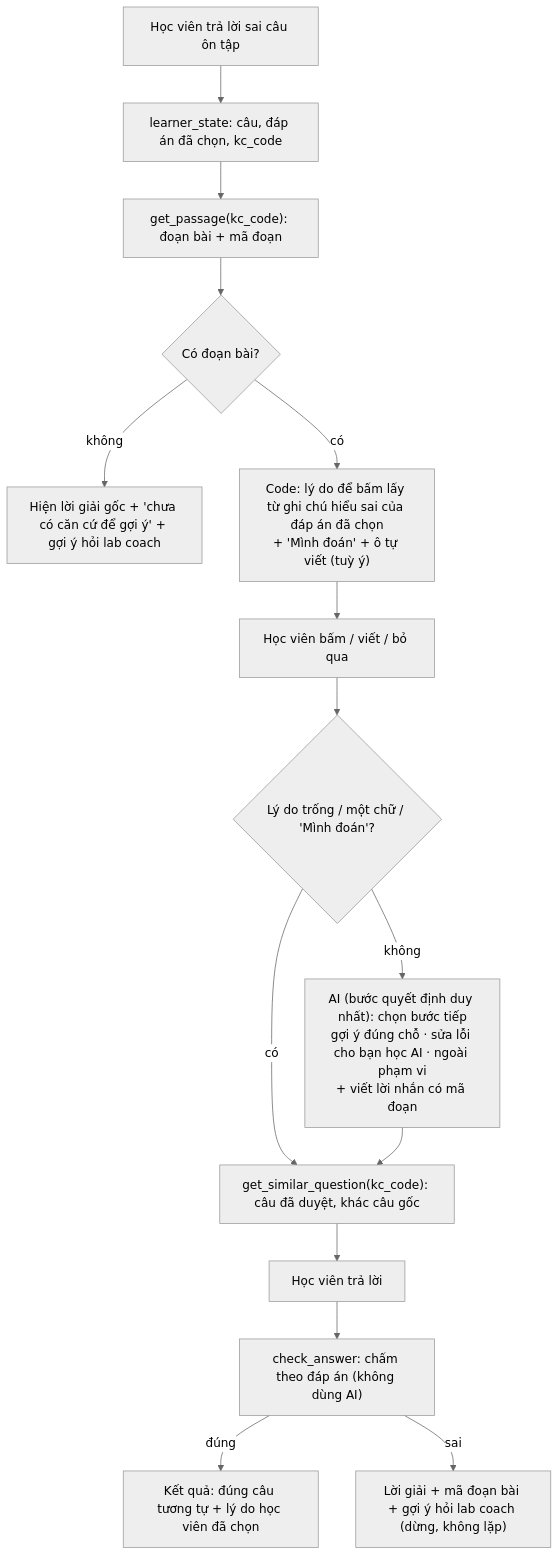
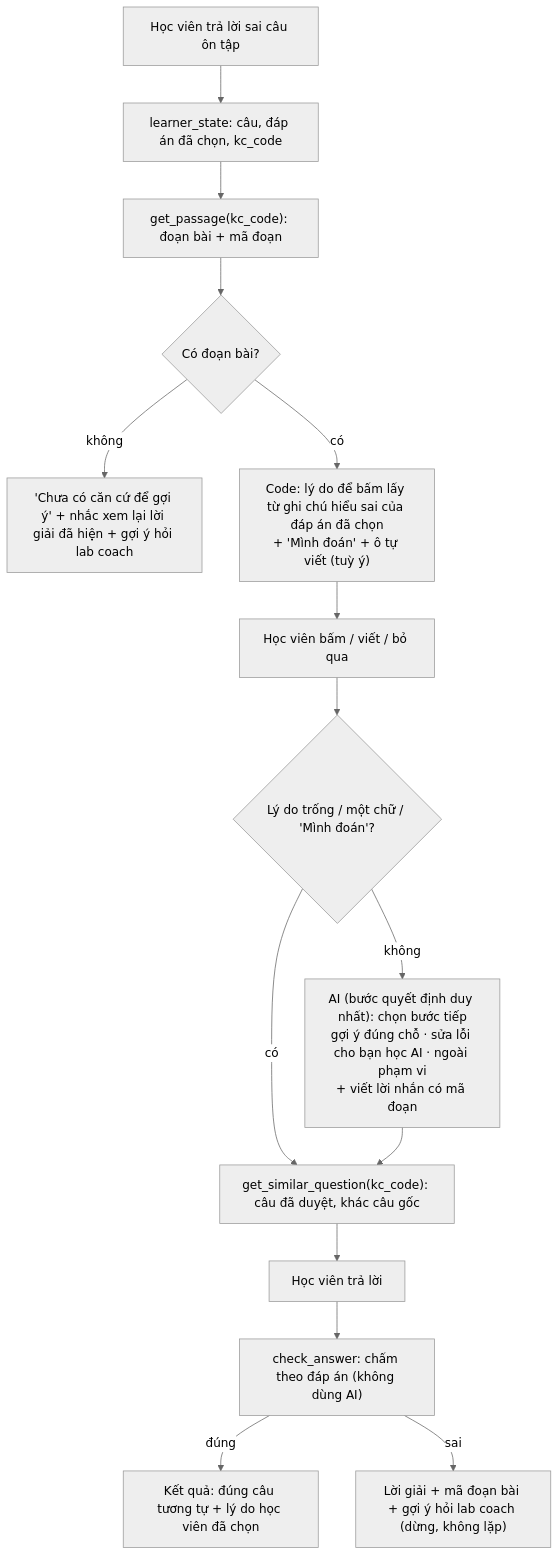
One commit to longpham2k2/K5-Day15-L3B-Zebra changed the diagram in spec.md. Above: the diagram before and after it, drawn with Mermaid (neutral theme). The commit also changed other lines of this file, not shown here.

````diff
--- a/spec.md
+++ b/spec.md
@@ -66,17 +66,17 @@
 ```mermaid
 flowchart TD
   A[Học viên trả lời sai câu ôn tập] --> B["learner_state: câu, đáp án đã chọn, kc_code"]
   B --> C["get_passage(kc_code): đoạn bài + mã đoạn"]
   C --> D{Có đoạn bài?}
-  D -- không --> Z["Hiện lời giải gốc + 'chưa có căn cứ để gợi ý' + gợi ý hỏi lab coach"]
+  D -- không --> Z["'Chưa có căn cứ để gợi ý' + nhắc xem lại lời giải đã hiện + gợi ý hỏi lab coach"]
   D -- có --> E["Code: lý do để bấm lấy từ ghi chú hiểu sai của đáp án đã chọn<br/>+ 'Mình đoán' + ô tự viết (tuỳ ý)"]
   E --> F[Học viên bấm / viết / bỏ qua]
   F --> F2{"Lý do trống / một chữ / 'Mình đoán'?"}
   F2 -- có --> H
   F2 -- không --> G["AI (bước quyết định duy nhất): chọn bước tiếp<br/>gợi ý đúng chỗ · sửa lỗi cho bạn học AI · ngoài phạm vi<br/>+ viết lời nhắn có mã đoạn"]
   G --> H["get_similar_question(kc_code): câu đã duyệt, khác câu gốc"]
   H --> I[Học viên trả lời]
   I --> J["check_answer: chấm theo đáp án (không dùng AI)"]
   J -- đúng --> K["Kết quả: đúng câu tương tự + lý do học viên đã chọn"]
   J -- sai --> L["Lời giải + mã đoạn bài + gợi ý hỏi lab coach (dừng, không lặp)"]
 ```
````
